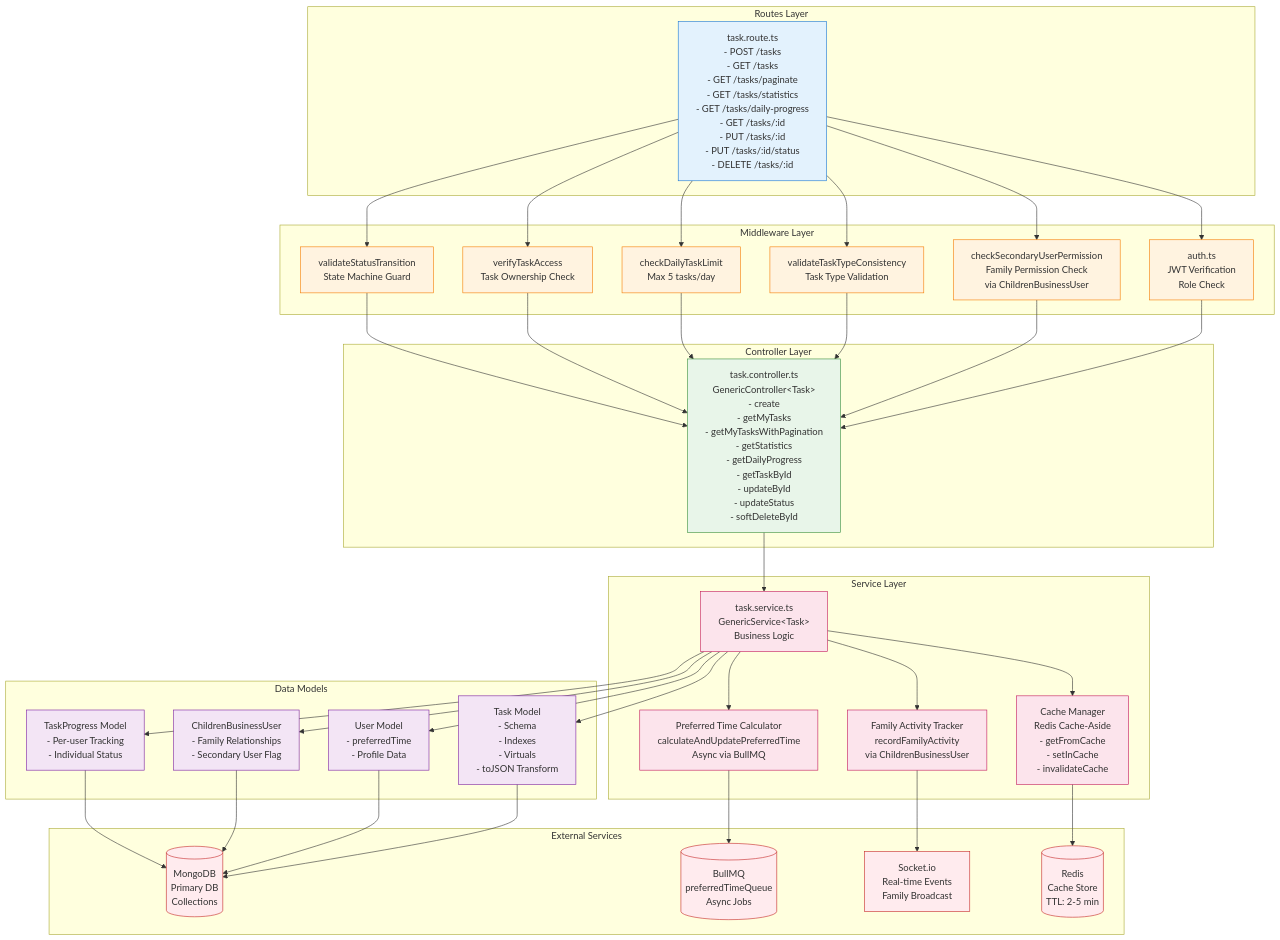
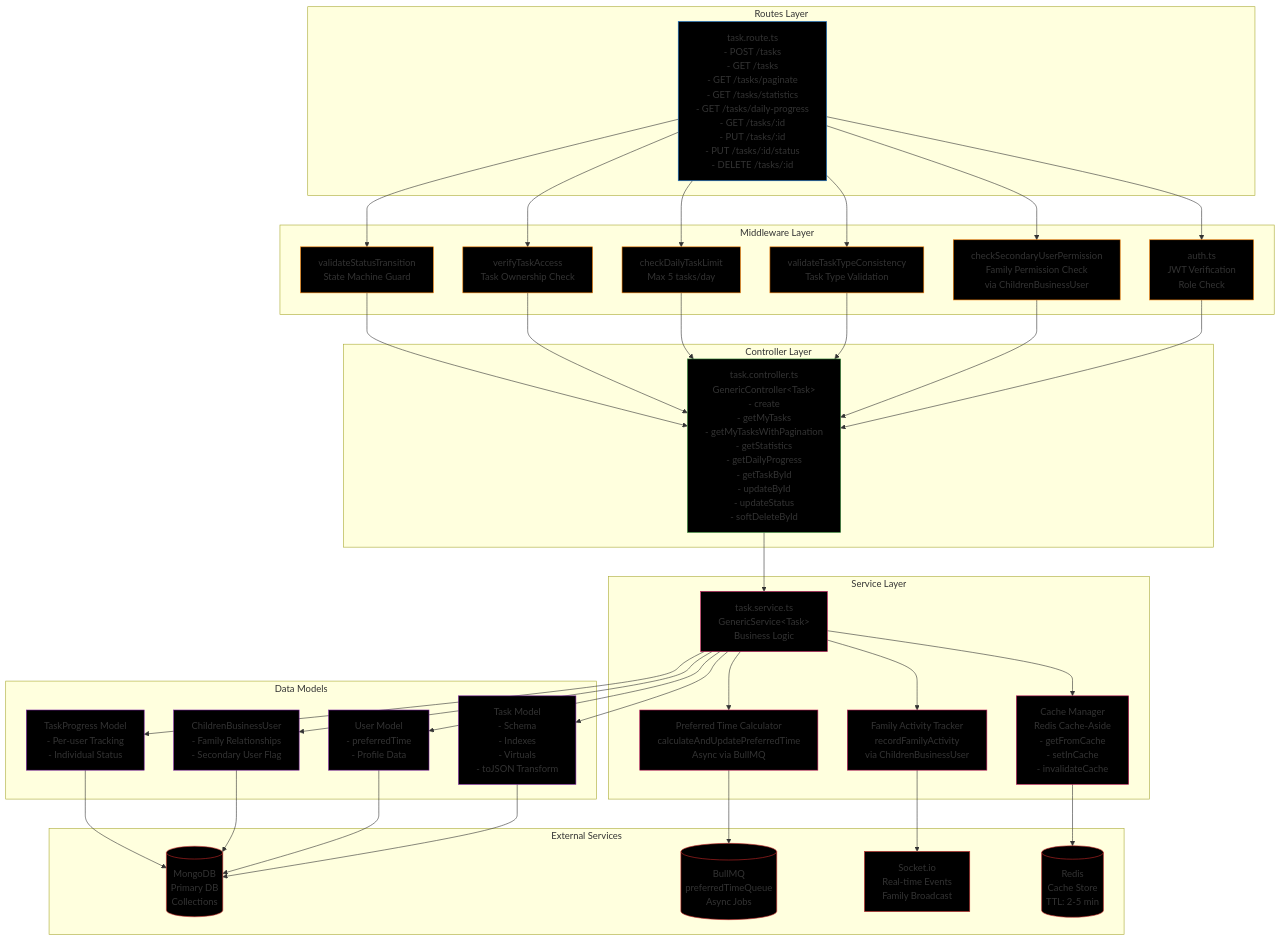
The diagram in task-management-backend-template/src/modules/task.module/doc/dia/task-component-architecture-V2-14-03-26.mermaid (MohammadSheakh/task-management), drawn with Mermaid before and after one commit. The commit also changed 16 other files, not shown here.

```diff
--- a/task-management-backend-template/src/modules/task.module/doc/dia/task-component-architecture-V2-14-03-26.mermaid
+++ b/task-management-backend-template/src/modules/task.module/doc/dia/task-component-architecture-V2-14-03-26.mermaid
@@ -1,88 +1,88 @@
 graph TB
     %% Task Module Component Architecture V2
     %% Family-Based Structure (No Group Dependencies)
 
     subgraph "Routes Layer"
         TASK_ROUTE["task.route.ts<br/>- POST /tasks<br/>- GET /tasks<br/>- GET /tasks/paginate<br/>- GET /tasks/statistics<br/>- GET /tasks/daily-progress<br/>- GET /tasks/:id<br/>- PUT /tasks/:id<br/>- PUT /tasks/:id/status<br/>- DELETE /tasks/:id"]
     end
 
     subgraph "Middleware Layer"
         AUTH["auth.ts<br/>JWT Verification<br/>Role Check"]
         PERMISSION["checkSecondaryUserPermission<br/>Family Permission Check<br/>via ChildrenBusinessUser"]
         VALIDATE["validateTaskTypeConsistency<br/>Task Type Validation"]
         LIMIT["checkDailyTaskLimit<br/>Max 5 tasks/day"]
         ACCESS["verifyTaskAccess<br/>Task Ownership Check"]
         STATUS["validateStatusTransition<br/>State Machine Guard"]
     end
 
     subgraph "Controller Layer"
         TASK_CONTROLLER["task.controller.ts<br/>GenericController&lt;Task&gt;<br/>- create<br/>- getMyTasks<br/>- getMyTasksWithPagination<br/>- getStatistics<br/>- getDailyProgress<br/>- getTaskById<br/>- updateById<br/>- updateStatus<br/>- softDeleteById"]
     end
 
     subgraph "Service Layer"
         TASK_SERVICE["task.service.ts<br/>GenericService&lt;Task&gt;<br/>Business Logic"]
         CACHE_MGR["Cache Manager<br/>Redis Cache-Aside<br/>- getFromCache<br/>- setInCache<br/>- invalidateCache"]
         ACTIVITY["Family Activity Tracker<br/>recordFamilyActivity<br/>via ChildrenBusinessUser"]
         PREFERRED["Preferred Time Calculator<br/>calculateAndUpdatePreferredTime<br/>Async via BullMQ"]
     end
 
     subgraph "Data Models"
         TASK_MODEL["Task Model<br/>- Schema<br/>- Indexes<br/>- Virtuals<br/>- toJSON Transform"]
         USER_MODEL["User Model<br/>- preferredTime<br/>- Profile Data"]
         CHILDREN_MODEL["ChildrenBusinessUser<br/>- Family Relationships<br/>- Secondary User Flag"]
         PROGRESS_MODEL["TaskProgress Model<br/>- Per-user Tracking<br/>- Individual Status"]
     end
 
     subgraph "External Services"
         REDIS[("Redis<br/>Cache Store<br/>TTL: 2-5 min")]
         MONGODB[("MongoDB<br/>Primary DB<br/>Collections")]
         BULLMQ[("BullMQ<br/>preferredTimeQueue<br/>Async Jobs")]
         SOCKET["Socket.io<br/>Real-time Events<br/>Family Broadcast"]
     end
 
     TASK_ROUTE --> AUTH
     TASK_ROUTE --> PERMISSION
     TASK_ROUTE --> VALIDATE
     TASK_ROUTE --> LIMIT
     TASK_ROUTE --> ACCESS
     TASK_ROUTE --> STATUS
 
     AUTH --> TASK_CONTROLLER
     PERMISSION --> TASK_CONTROLLER
     VALIDATE --> TASK_CONTROLLER
     LIMIT --> TASK_CONTROLLER
     ACCESS --> TASK_CONTROLLER
     STATUS --> TASK_CONTROLLER
 
     TASK_CONTROLLER --> TASK_SERVICE
     TASK_SERVICE --> CACHE_MGR
     TASK_SERVICE --> ACTIVITY
     TASK_SERVICE --> PREFERRED
 
     CACHE_MGR --> REDIS
     TASK_SERVICE --> TASK_MODEL
     TASK_SERVICE --> USER_MODEL
     TASK_SERVICE --> CHILDREN_MODEL
     TASK_SERVICE --> PROGRESS_MODEL
 
     TASK_MODEL --> MONGODB
     USER_MODEL --> MONGODB
     CHILDREN_MODEL --> MONGODB
     PROGRESS_MODEL --> MONGODB
 
     PREFERRED --> BULLMQ
     ACTIVITY --> SOCKET
 
-    classDef route fill:#e3f2fd,stroke:#1976d2
-    classDef middleware fill:#fff3e0,stroke:#f57c00
-    classDef controller fill:#e8f5e9,stroke:#388e3c
-    classDef service fill:#fce4ec,stroke:#c2185b
-    classDef model fill:#f3e5f5,stroke:#7b1fa2
-    classDef external fill:#ffebee,stroke:#c62828
+    classDef route fill:#000,stroke:#1976d2
+    classDef middleware fill:#000,stroke:#f57c00
+    classDef controller fill:#000,stroke:#388e3c
+    classDef service fill:#000,stroke:#c2185b
+    classDef model fill:#000,stroke:#7b1fa2
+    classDef external fill:#000,stroke:#c62828
 
     class TASK_ROUTE route
     class AUTH,PERMISSION,VALIDATE,LIMIT,ACCESS,STATUS middleware
     class TASK_CONTROLLER controller
     class TASK_SERVICE,CACHE_MGR,ACTIVITY,PREFERRED service
     class TASK_MODEL,USER_MODEL,CHILDREN_MODEL,PROGRESS_MODEL model
     class REDIS,MONGODB,BULLMQ,SOCKET external
```
